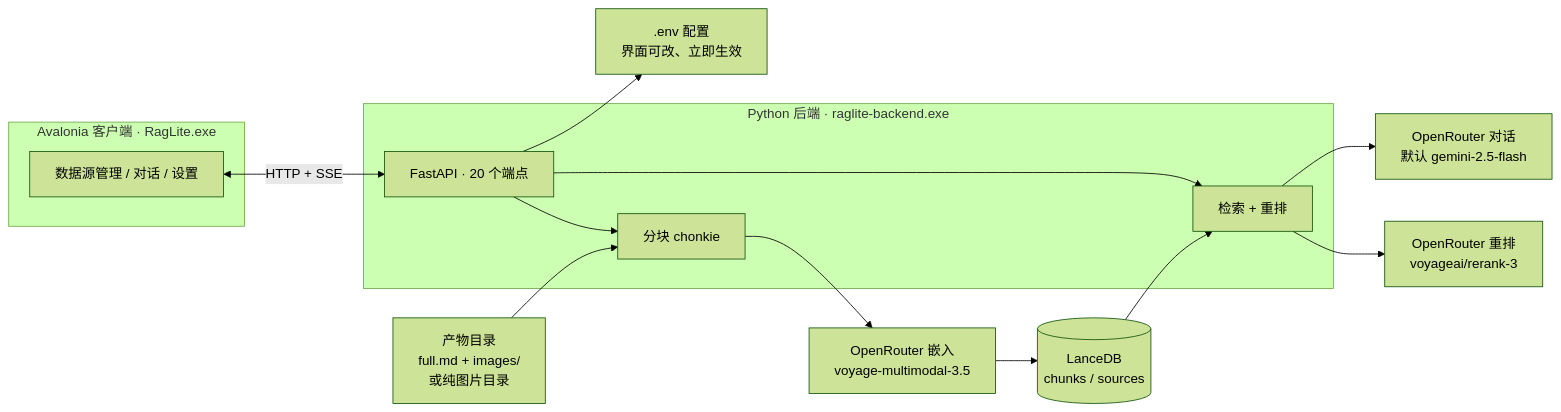
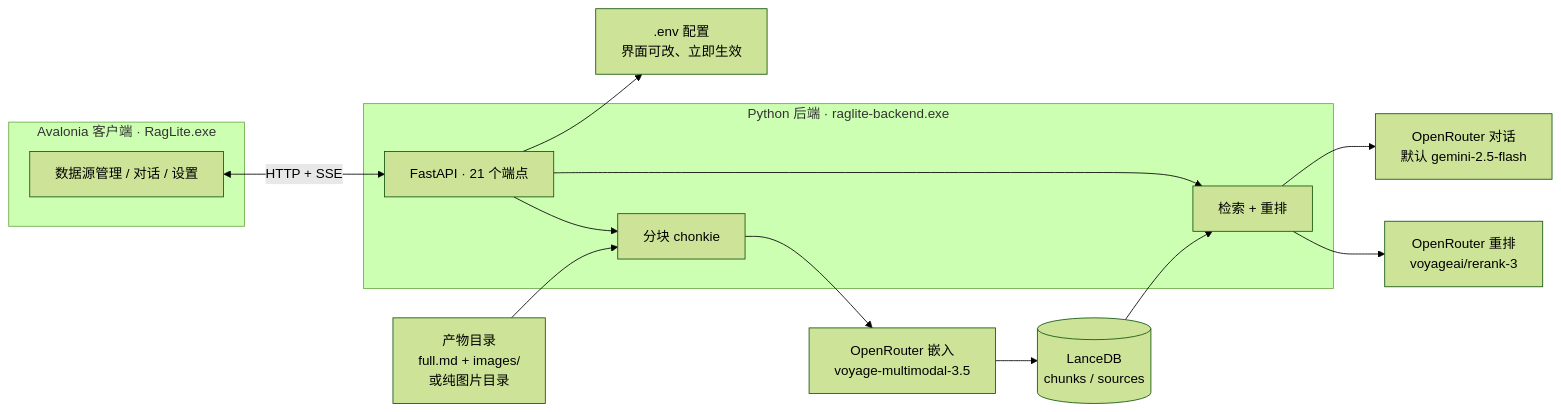
One commit to Wit-2k/rag-lite changed the diagram in README.md. Above: the diagram before and after it, drawn with Mermaid (forest theme). The commit also changed other lines of this file and 18 other files, not shown here.

First line of the commit message:
feat(search): 添加以图搜图与缩略图结果，发布 0.4.0

````diff
--- a/README.md
+++ b/README.md
@@ -21,21 +21,21 @@
 ```mermaid
 flowchart LR
   MinerU["产物目录<br/>full.md + images/<br/>或纯图片目录"] --> CH
   subgraph CLIENT["Avalonia 客户端 · RagLite.exe"]
     UI["数据源管理 / 对话 / 设置"]
   end
   subgraph SERVER["Python 后端 · raglite-backend.exe"]
-    API["FastAPI · 20 个端点"]
+    API["FastAPI · 21 个端点"]
     CH["分块 chonkie"]
     PIPE["检索 + 重排"]
   end
   UI <-->|"HTTP + SSE"| API
   API --> CH
   API --> PIPE
   CH --> EMB["OpenRouter 嵌入<br/>voyage-multimodal-3.5"]
   PIPE --> RR["OpenRouter 重排<br/>voyageai/rerank-3"]
   PIPE --> CHAT["OpenRouter 对话<br/>默认 gemini-2.5-flash"]
   EMB --> DB[("LanceDB<br/>chunks / sources")]
   DB --> PIPE
   API --> ENV[".env 配置<br/>界面可改、立即生效"]
 ```
````
